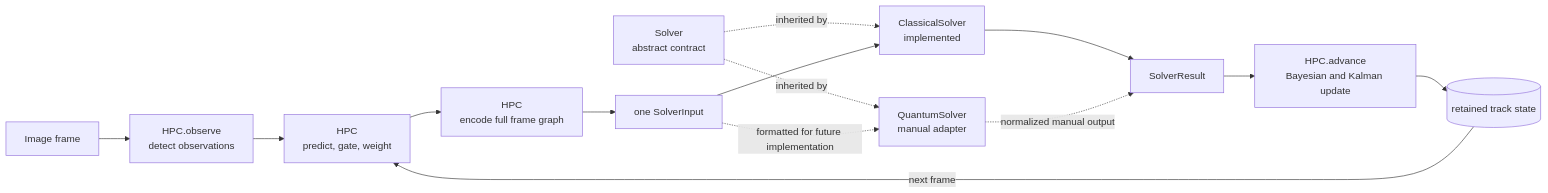
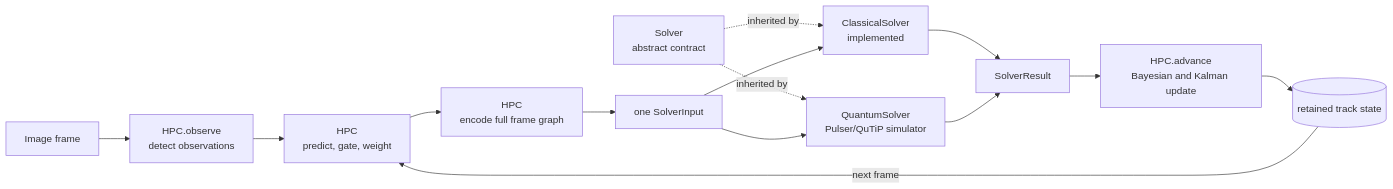
One commit to SAN-G-8055/Neutral-Atom-QC-for-MHT changed the diagram in README.md. Above: the diagram before and after it, drawn with Mermaid. The commit also changed other lines of this file and 10 other files, not shown here.

Commit message:
Integrated Marissa's Pulser/QuTiP neutral-atom quantum solver with the main package, added optional quantum dependencies, and updated documentation to reflect the new implementation.

````diff
--- a/README.md
+++ b/README.md
@@ -18,18 +19,18 @@
 ```mermaid
 flowchart LR
     Image["Image frame"] --> Observe["HPC.observe<br/>detect observations"]
     Observe --> Prepare["HPC<br/>predict, gate, weight"]
     Prepare --> Graph["HPC<br/>encode full frame graph"]
     Graph --> Input["one SolverInput"]
 
     Solver["Solver<br/>abstract contract"] -. inherited by .-> Classical["ClassicalSolver<br/>implemented"]
-    Solver -. inherited by .-> Quantum["QuantumSolver<br/>manual adapter"]
+    Solver -. inherited by .-> Quantum["QuantumSolver<br/>Pulser/QuTiP simulator"]
     Input --> Classical
-    Input -. formatted for future implementation .-> Quantum
+    Input --> Quantum
     Classical --> Result["SolverResult"]
-    Quantum -. normalized manual output .-> Result
+    Quantum --> Result
 
     Result --> Update["HPC.advance<br/>Bayesian and Kalman update"]
     Update --> State[("retained track state")]
     State -->|next frame| Prepare
 ```
````
